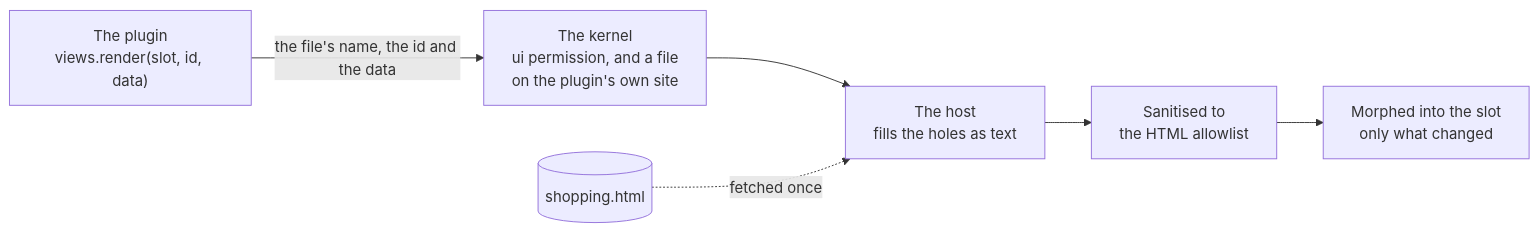
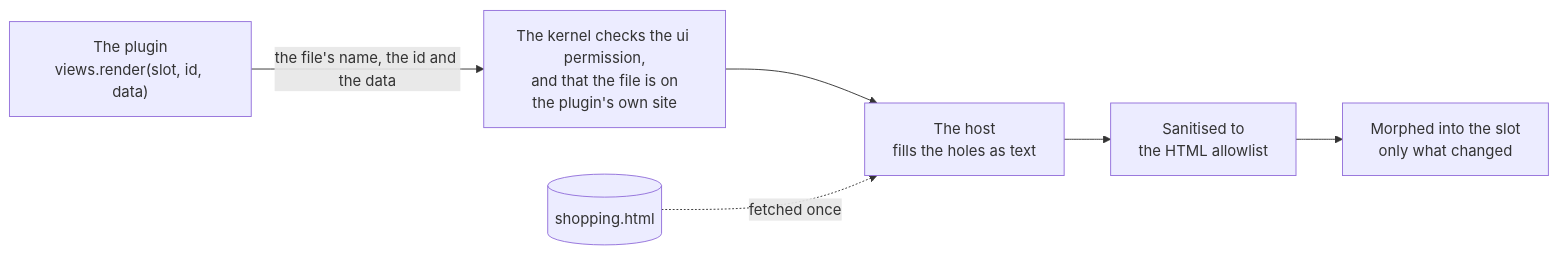
One commit to PaulKinlan/ExtensibleWebApps changed the diagram in docs/guide/views-and-templates.md. Above: the diagram before and after it, drawn with Mermaid. The commit also changed 1 other file, not shown here.

Commit message:
Guide diagrams: the call as the guide writes it, and a kernel label that reads as a sentence
Claude-Session: https://claude.ai/code/session_019vqCg55cwkD4xX3eQJ1sDo

````diff
--- a/docs/guide/views-and-templates.md
+++ b/docs/guide/views-and-templates.md
@@ -39,8 +39,8 @@
 ```mermaid
 flowchart LR
-    Plugin["The plugin<br/>views.render(slot, id, data)"] -->|the file's name, the id and the data| Kernel["The kernel<br/>ui permission, and a file<br/>on the plugin's own site"]
+    Plugin["The plugin<br/>views.render(slot, id, data)"] -->|the file's name, the id and the data| Kernel["The kernel checks the ui permission,<br/>and that the file is on<br/>the plugin's own site"]
     Kernel --> Host["The host<br/>fills the holes as text"]
     File[("shopping.html")] -.->|fetched once| Host
     Host --> Clean["Sanitised to<br/>the HTML allowlist"]
     Clean --> Morph["Morphed into the slot<br/>only what changed"]
 ```
````
